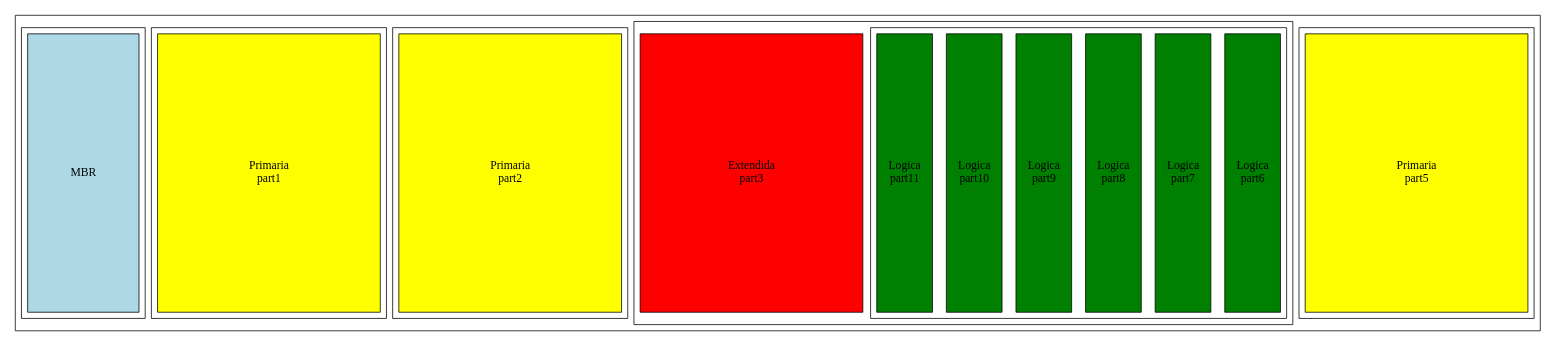
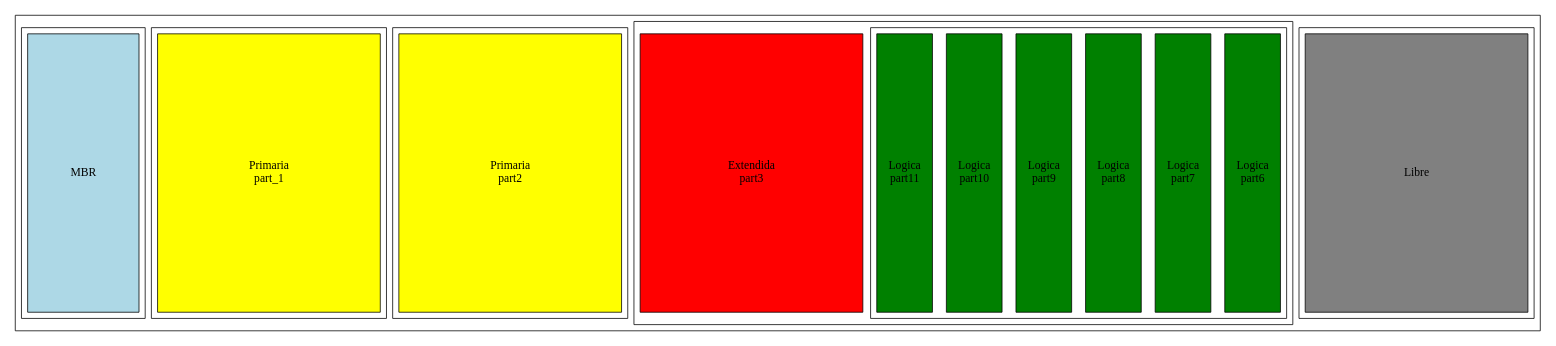
Before and after one commit to AndreeAvalos/HDDVirtual_2: the diagram in proyecto1/DISK.dot, drawn with Graphviz. The commit also changed 6 other files, not shown here.

```diff
--- a/proyecto1/DISK.dot
+++ b/proyecto1/DISK.dot
@@ -1,52 +1,51 @@
 digraph ArchivoMBR{
      subgraph cluster_DISCO{
          subgraph cluster_e{
 
-           "1" [label =  "Primaria 
- part5",fontname = "Verdana",fillcolor=yellow,style = filled,labelloc=c,shape = rectangle,fontsize = 15,height=5,width = 4];
+           "1" [label = "Libre",fontname = "Verdana",fillcolor=gray,style = filled,labelloc=c,shape = rectangle,fontsize = 15,height=5,width = 4];
 
         }
          subgraph cluster_c{
 
            "2" [label = "Extendida 
 part3",fontname = "Verdana",fillcolor=red,style = filled,labelloc=c,shape = rectangle,fontsize = 15,height=5,width = 4];
                  subgraph cluster_LOGICAS{
            "3" [label = "Logica 
  part6",fontname = "Verdana",fillcolor=green,style = filled,labelloc=c,shape = rectangle,fontsize = 15,height=5,width = 1];
 
            "4" [label = "Logica 
  part7",fontname = "Verdana",fillcolor=green,style = filled,labelloc=c,shape = rectangle,fontsize = 15,height=5,width = 1];
 
            "5" [label = "Logica 
  part8",fontname = "Verdana",fillcolor=green,style = filled,labelloc=c,shape = rectangle,fontsize = 15,height=5,width = 1];
 
            "6" [label = "Logica 
  part9",fontname = "Verdana",fillcolor=green,style = filled,labelloc=c,shape = rectangle,fontsize = 15,height=5,width = 1];
 
            "7" [label = "Logica 
  part10",fontname = "Verdana",fillcolor=green,style = filled,labelloc=c,shape = rectangle,fontsize = 15,height=5,width = 1];
 
            "8" [label = "Logica 
 part11",fontname = "Verdana",fillcolor=green,style = filled,labelloc=c,shape = rectangle,fontsize = 15,height=5,width = 1];
 
                }
 
         }
          subgraph cluster_b{
 
            "10" [label =  "Primaria 
  part2",fontname = "Verdana",fillcolor=yellow,style = filled,labelloc=c,shape = rectangle,fontsize = 15,height=5,width = 4];
 
         }
          subgraph cluster_a{
 
            "11" [label =  "Primaria 
- part1",fontname = "Verdana",fillcolor=yellow,style = filled,labelloc=c,shape = rectangle,fontsize = 15,height=5,width = 4];
+ part_1",fontname = "Verdana",fillcolor=yellow,style = filled,labelloc=c,shape = rectangle,fontsize = 15,height=5,width = 4];
 
         }
          subgraph cluster_MBR{
            "MBR" [label =  "MBR",fontname = "Verdana",fillcolor=lightblue,style = filled,labelloc=c,shape = rectangle,fontsize = 15,height=5,width = 2];
 
        }
    }
 }
```
